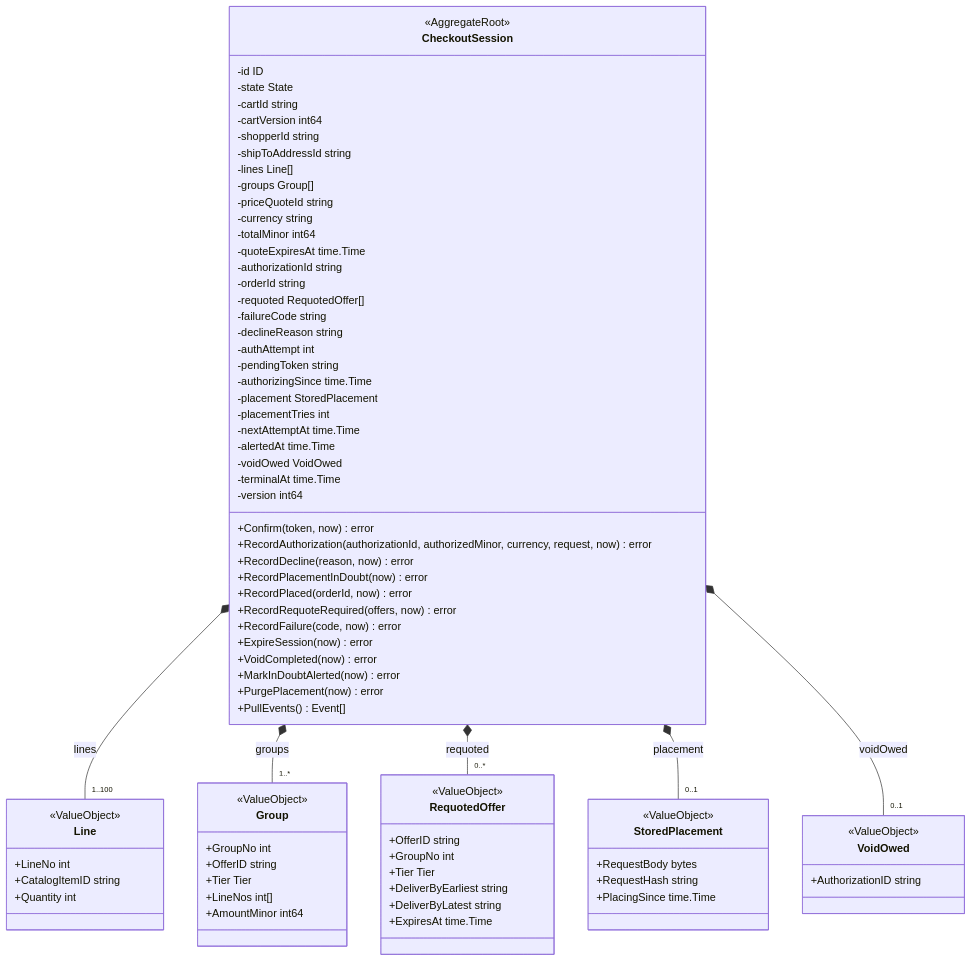
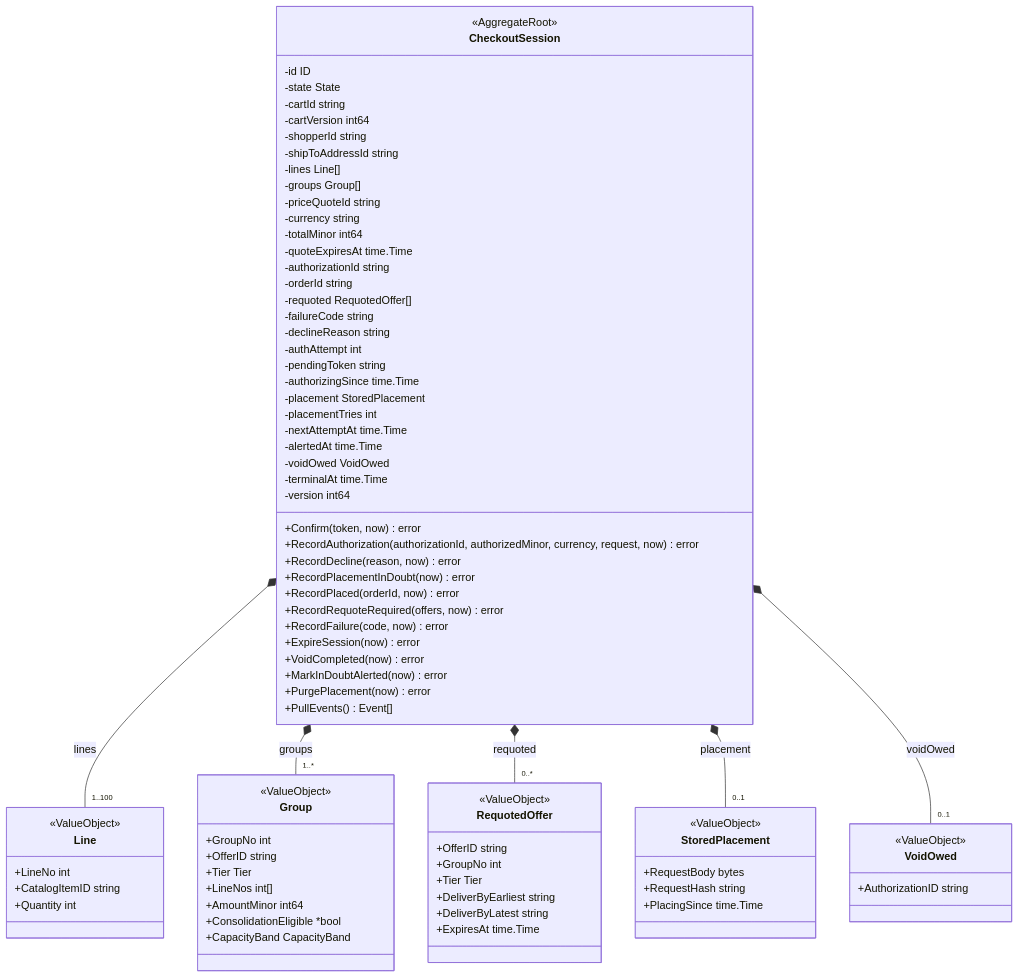
Before and after one commit to IQVO/checkout: the first of 5 diagrams in docs/docs/ddd/class-diagram.md, drawn with Mermaid. The commit also changed other lines of this file and 30 other files, not shown here.

First line of the commit message:
feat(session): accept delivery-promise's CONSOLIDATED tier and carry the capacity band (#58)

```diff
--- a/docs/docs/ddd/class-diagram.md
+++ b/docs/docs/ddd/class-diagram.md
@@ -74,6 +74,8 @@
         +Tier Tier
         +LineNos int[]
         +AmountMinor int64
+        +ConsolidationEligible *bool
+        +CapacityBand CapacityBand
     }
     class RequotedOffer {
         <<ValueObject>>
```
